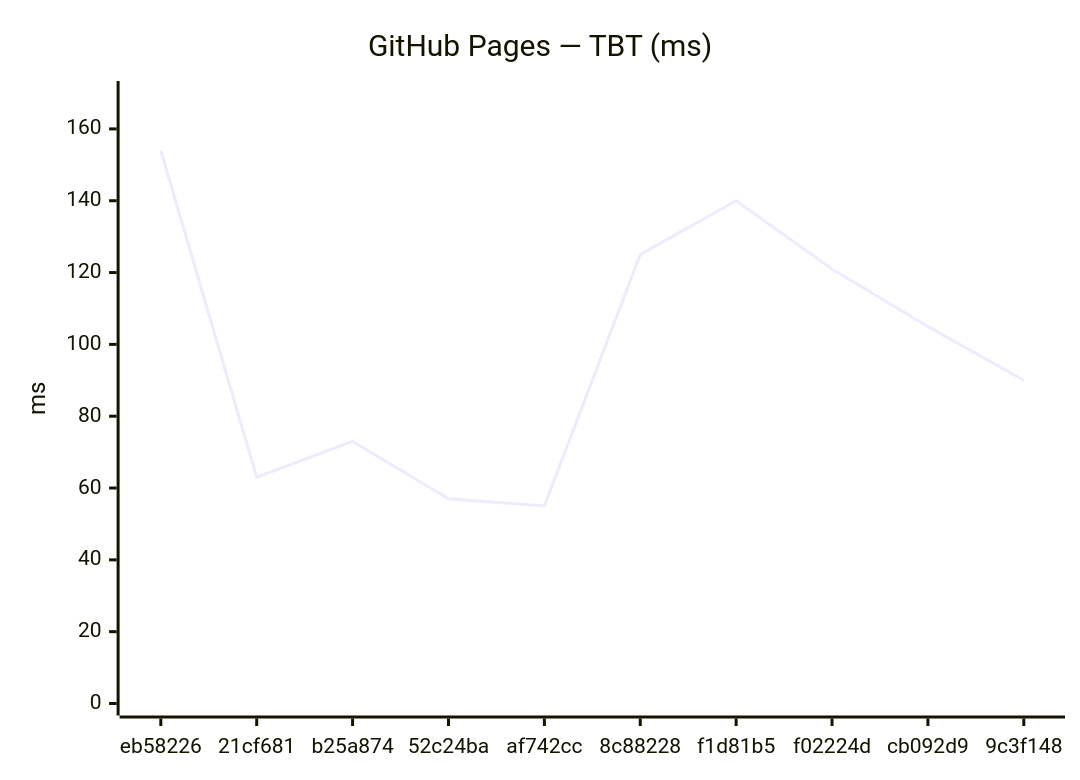
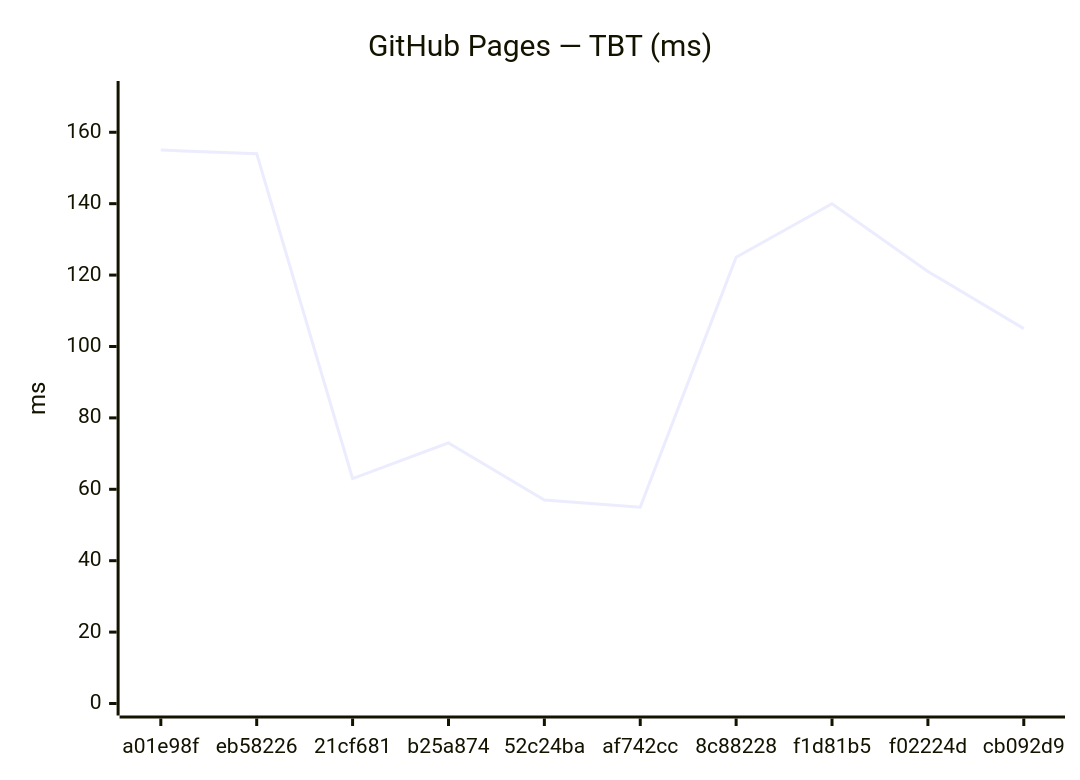
One commit to Metaheurist/Rianell changed the fourth of 18 diagrams in benchmarks/compare.md. Above: the diagram before and after it, drawn with Mermaid. The commit also changed other lines of this file and 11 other files, not shown here.

````diff
--- a/benchmarks/compare.md
+++ b/benchmarks/compare.md
@@ -61,7 +61,7 @@
 ```mermaid
 xychart-beta
     title "GitHub Pages — TBT (ms)"
-    x-axis ["eb58226", "21cf681", "b25a874", "52c24ba", "af742cc", "8c88228", "f1d81b5", "f02224d", "cb092d9", "9c3f148"]
-    y-axis "ms" 0 --> 170
-    line [154, 63, 73, 57, 55, 125, 140, 121, 105, 90]
+    x-axis ["a01e98f", "eb58226", "21cf681", "b25a874", "52c24ba", "af742cc", "8c88228", "f1d81b5", "f02224d", "cb092d9"]
+    y-axis "ms" 0 --> 171
+    line [155, 154, 63, 73, 57, 55, 125, 140, 121, 105]
 ```
````
